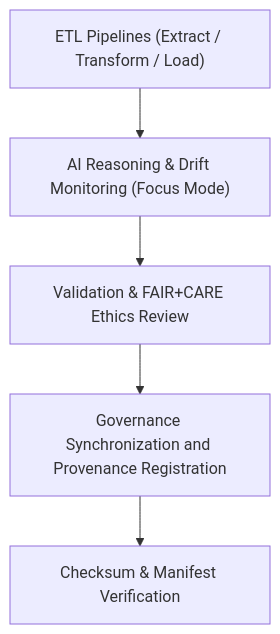
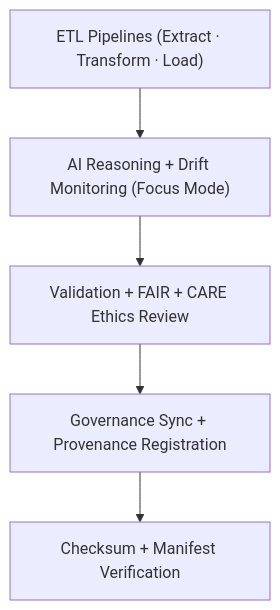
Before and after one commit to bartytime4life/Kansas-Frontier-Matrix: the diagram in data/work/tmp/hazards/logs/README.md, drawn with Mermaid. The commit also changed other lines of this file, not shown here.

````diff
--- a/data/work/tmp/hazards/logs/README.md
+++ b/data/work/tmp/hazards/logs/README.md
@@ -83,7 +80,7 @@
 ```mermaid
 flowchart TD
-    A["ETL Pipelines (Extract / Transform / Load)"] --> B["AI Reasoning & Drift Monitoring (Focus Mode)"]
-    B --> C["Validation & FAIR+CARE Ethics Review"]
-    C --> D["Governance Synchronization and Provenance Registration"]
-    D --> E["Checksum & Manifest Verification"]
+    A["ETL Pipelines (Extract · Transform · Load)"] --> B["AI Reasoning + Drift Monitoring (Focus Mode)"]
+    B --> C["Validation + FAIR + CARE Ethics Review"]
+    C --> D["Governance Sync + Provenance Registration"]
+    D --> E["Checksum + Manifest Verification"]
 ```
````
